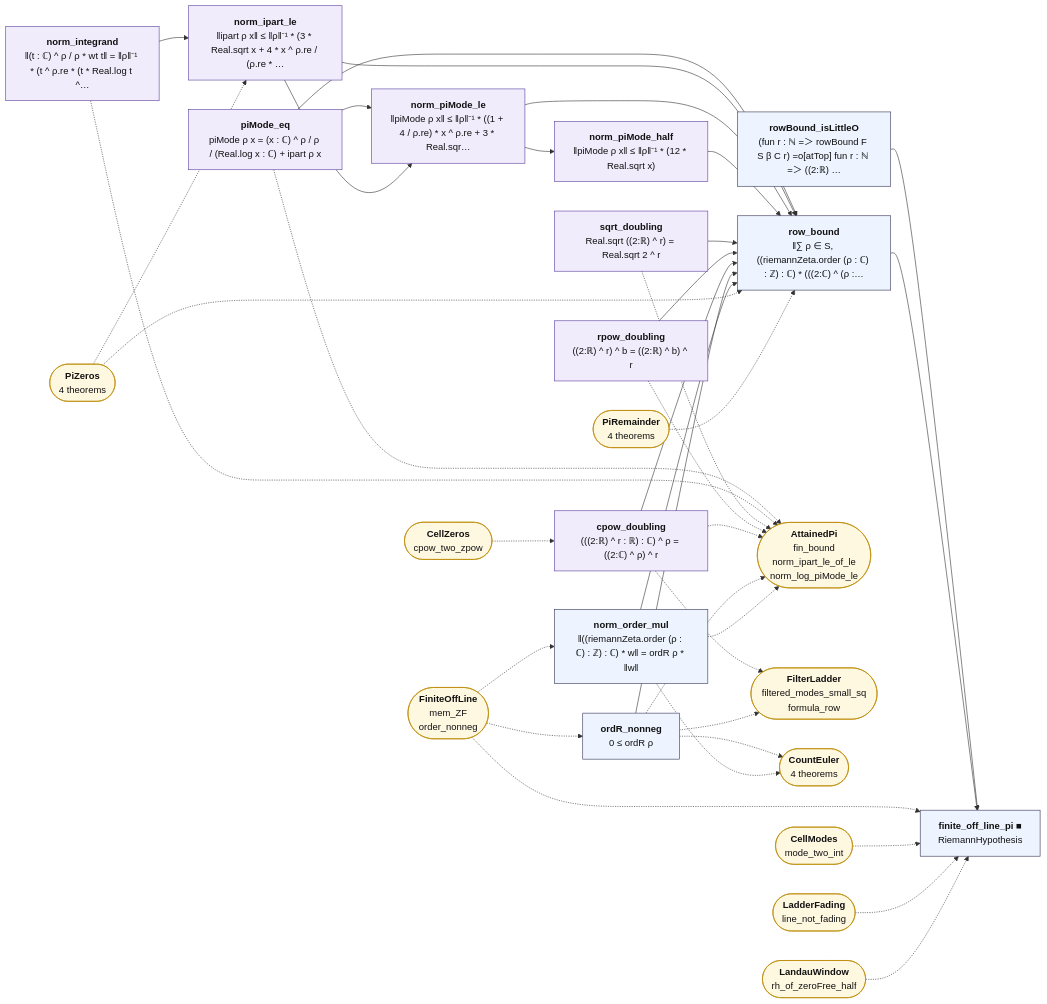
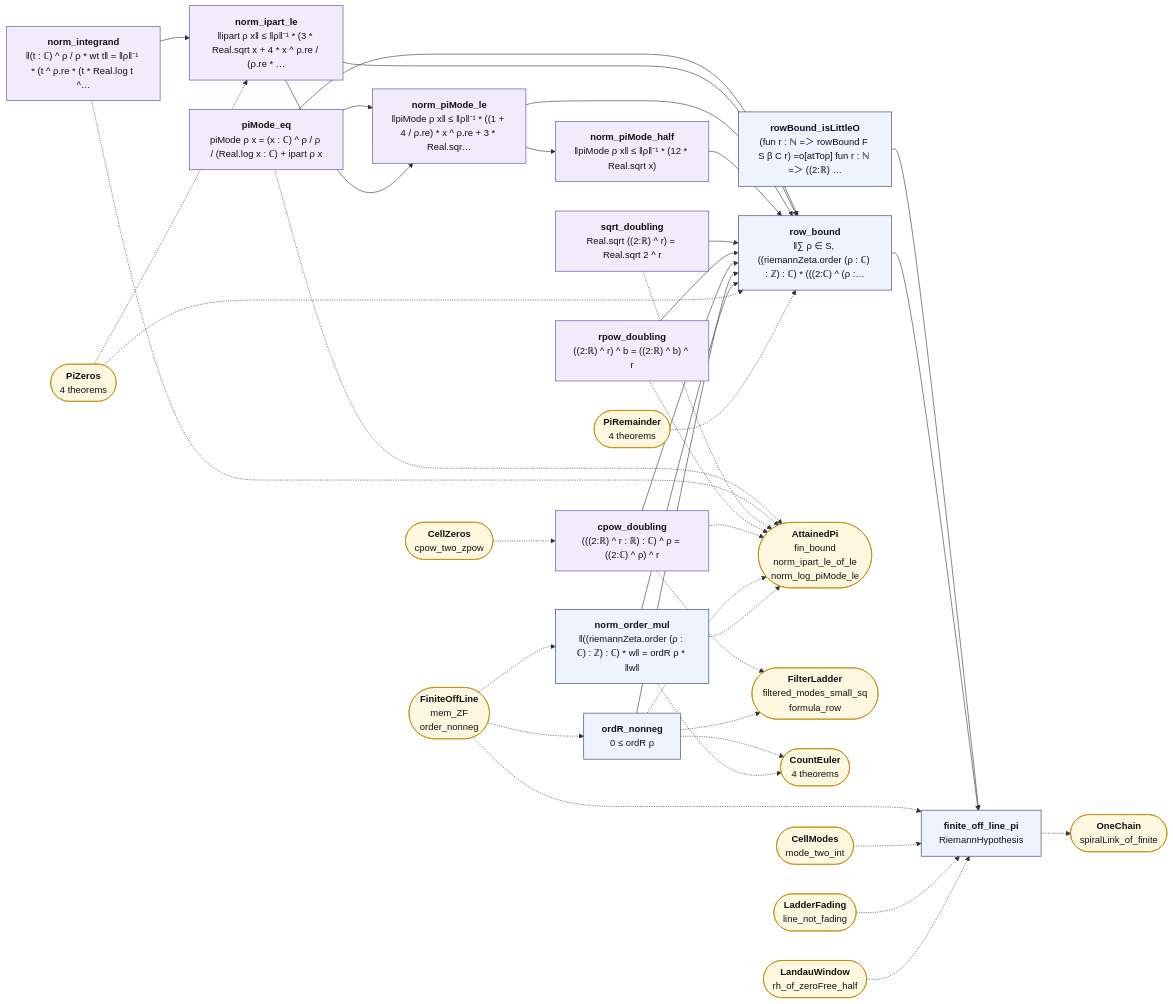
The diagram in map/lean_stage3/FiniteOffLinePi.md (juliansambranojr/Primebeat_081426), drawn with Mermaid before and after one commit. The commit also changed other lines of this file and 62 other files, not shown here.

First line of the commit message:
Block J4: one chain, the closed loop tied to the tree's main theorems (unit 0479)

````diff
--- a/map/lean_stage3/FiniteOffLinePi.md
+++ b/map/lean_stage3/FiniteOffLinePi.md
@@ -12,70 +12,72 @@
 ```mermaid
 flowchart LR
   n0["<b>piMode_eq</b><br/>piMode ρ x = (x : ℂ) ^ ρ / ρ / (Real.log x : ℂ) + ipart ρ x"]:::shp
   n1["<b>norm_integrand</b><br/>‖(t : ℂ) ^ ρ / ρ * wt t‖ = ‖ρ‖⁻¹ * (t ^ ρ.re * (t * Real.log t ^…"]:::shp
   n2["<b>norm_ipart_le</b><br/>‖ipart ρ x‖ ≤ ‖ρ‖⁻¹ * (3 * Real.sqrt x + 4 * x ^ ρ.re / (ρ.re * …"]:::shp
   n3["<b>norm_piMode_le</b><br/>‖piMode ρ x‖ ≤ ‖ρ‖⁻¹ * ((1 + 4 / ρ.re) * x ^ ρ.re + 3 * Real.sqr…"]:::shp
   n4["<b>norm_piMode_half</b><br/>‖piMode ρ x‖ ≤ ‖ρ‖⁻¹ * (12 * Real.sqrt x)"]:::shp
   n5["<b>sqrt_doubling</b><br/>Real.sqrt ((2:ℝ) ^ r) = Real.sqrt 2 ^ r"]:::shp
   n6["<b>rpow_doubling</b><br/>((2:ℝ) ^ r) ^ b = ((2:ℝ) ^ b) ^ r"]:::shp
   n7["<b>cpow_doubling</b><br/>(((2:ℝ) ^ r : ℝ) : ℂ) ^ ρ = ((2:ℂ) ^ ρ) ^ r"]:::shp
   n8["<b>ordR_nonneg</b><br/>0 ≤ ordR ρ"]:::thm
   n9["<b>norm_order_mul</b><br/>‖((riemannZeta.order (ρ : ℂ) : ℤ) : ℂ) * w‖ = ordR ρ * ‖w‖"]:::thm
   n10["<b>rowBound_isLittleO</b><br/>(fun r : ℕ =＞ rowBound F S β C r) =o[atTop] fun r : ℕ =＞ ((2:ℝ) …"]:::thm
   n11["<b>row_bound</b><br/>‖∑ ρ ∈ S, ((riemannZeta.order (ρ : ℂ) : ℤ) : ℂ) * (((2:ℂ) ^ (ρ :…"]:::thm
-  n12["<b>finite_off_line_pi ■</b><br/>RiemannHypothesis"]:::thm
+  n12["<b>finite_off_line_pi</b><br/>RiemannHypothesis"]:::thm
   x0(["<b>AttainedPi</b><br/>fin_bound<br/>norm_ipart_le_of_le<br/>norm_log_piMode_le"]):::ext
   x1(["<b>PiZeros</b><br/>4 theorems"]):::ext
   x2(["<b>CellZeros</b><br/>cpow_two_zpow"]):::ext
   x3(["<b>FilterLadder</b><br/>filtered_modes_small_sq<br/>formula_row"]):::ext
   x4(["<b>FiniteOffLine</b><br/>mem_ZF<br/>order_nonneg"]):::ext
   x5(["<b>CountEuler</b><br/>4 theorems"]):::ext
   x6(["<b>PiRemainder</b><br/>4 theorems"]):::ext
   x7(["<b>CellModes</b><br/>mode_two_int"]):::ext
   x8(["<b>LadderFading</b><br/>line_not_fading"]):::ext
   x9(["<b>LandauWindow</b><br/>rh_of_zeroFree_half"]):::ext
+  x10(["<b>OneChain</b><br/>spiralLink_of_finite"]):::ext
   n0 --> n11
   n0 --> n3
   n1 --> n2
   n10 --> n12
   n11 --> n12
   n2 --> n11
   n2 --> n3
   n3 --> n11
   n3 --> n4
   n4 --> n11
   n5 --> n11
   n6 --> n11
   n7 --> n11
   n8 --> n11
   n9 --> n11
   n0 -.-> x0
   n1 -.-> x0
+  n12 -.-> x10
   n5 -.-> x0
   n6 -.-> x0
   n7 -.-> x0
   n7 -.-> x3
   n8 -.-> x0
   n8 -.-> x3
   n8 -.-> x5
   n9 -.-> x0
   n9 -.-> x5
   x1 -.-> n11
   x1 -.-> n2
   x2 -.-> n7
   x4 -.-> n12
   x4 -.-> n8
   x4 -.-> n9
   x6 -.-> n11
   x7 -.-> n12
   x8 -.-> n12
   x9 -.-> n12
   classDef cnt fill:#dff5ec,stroke:#17694a,color:#111
   classDef shp fill:#f1ecfb,stroke:#5b3fa0,color:#111
   classDef rh fill:#ffe5e5,stroke:#c22,color:#111,stroke-width:2px
   classDef thm fill:#eef4ff,stroke:#335,color:#111
   classDef end_ fill:#e7f7e7,stroke:#2a7,color:#111,stroke-width:2px
   classDef lone fill:#fff,stroke:#999,color:#111,stroke-dasharray:4 3
   classDef bad fill:#ffe5e5,stroke:#c22,color:#111,stroke-width:2px
   classDef ext fill:#fff8e1,stroke:#b80,color:#111
 ```
````
